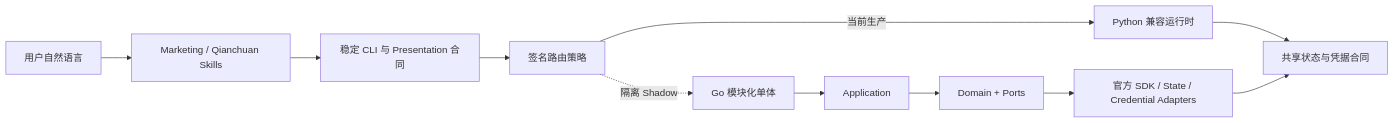
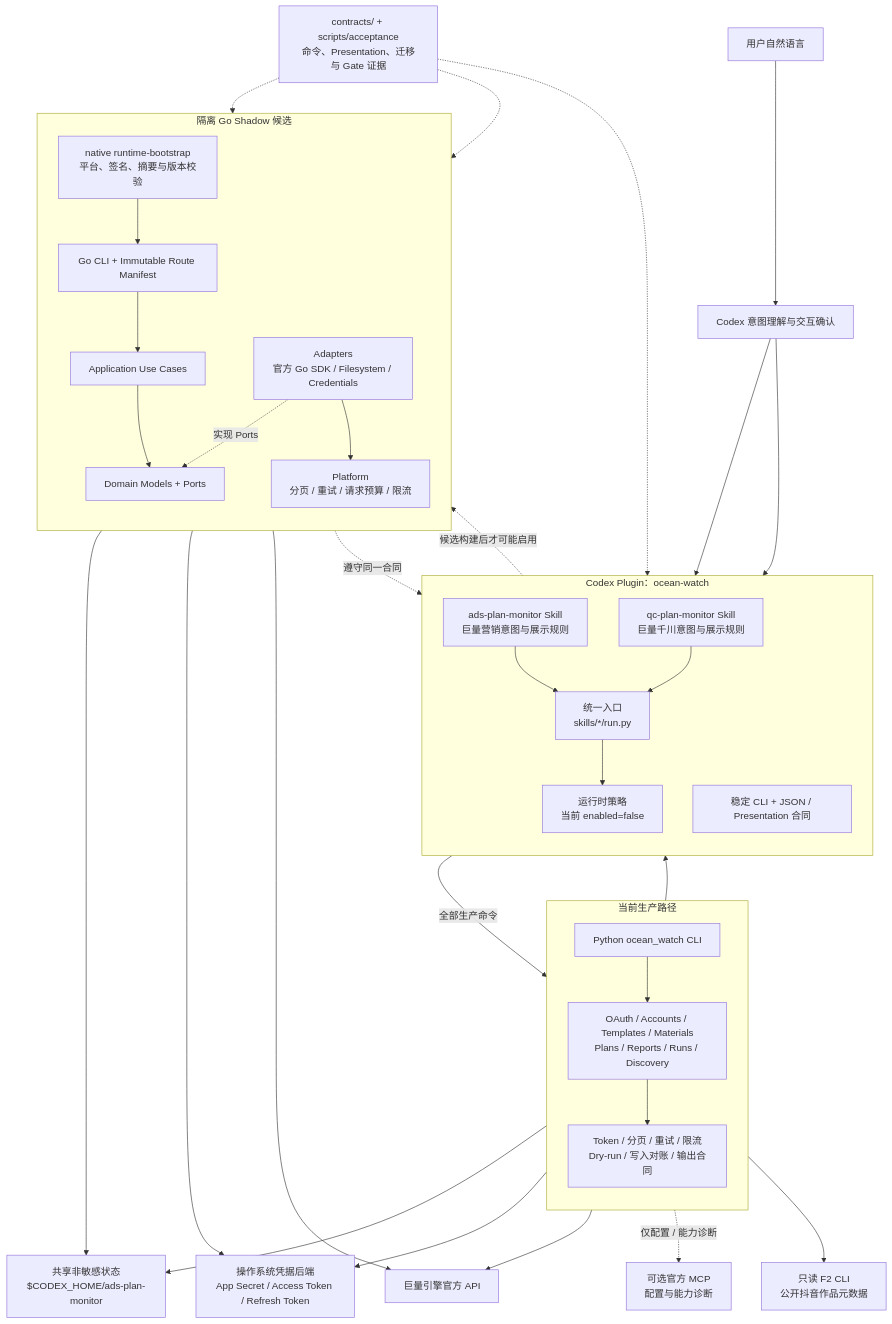
One commit to westng/ocean-watch changed the diagram in README.md. Above: the diagram before and after it, drawn with Mermaid. The commit also changed other lines of this file and 69 other files, not shown here.

````diff
--- a/README.md
+++ b/README.md
@@ -177,13 +34,67 @@
 ```mermaid
-flowchart LR
-    User["用户自然语言"] --> Skills["Marketing / Qianchuan Skills"]
-    Skills --> Contract["稳定 CLI 与 Presentation 合同"]
-    Contract --> Policy["签名路由策略"]
-    Policy -->|"当前生产"| Python["Python 兼容运行时"]
-    Policy -.->|"隔离 Shadow"| Go["Go 模块化单体"]
-    Go --> App["Application"]
-    App --> Domain["Domain + Ports"]
-    Domain --> Adapters["官方 SDK / State / Credential Adapters"]
-    Python --> Shared["共享状态与凭据合同"]
-    Adapters --> Shared
+flowchart TB
+    User["用户自然语言"] --> Codex["Codex 意图理解与交互确认"]
+
+    subgraph Plugin["Codex Plugin：ocean-watch"]
+        direction TB
+        Marketing["ads-plan-monitor Skill<br/>巨量营销意图与展示规则"]
+        Qianchuan["qc-plan-monitor Skill<br/>巨量千川意图与展示规则"]
+        Entry["统一入口<br/>skills/*/run.py"]
+        Contract["稳定 CLI + JSON / Presentation 合同"]
+        Policy["运行时策略<br/>当前 enabled=false"]
+        Marketing --> Entry
+        Qianchuan --> Entry
+        Entry --> Policy
+    end
+
+    Codex --> Marketing
+    Codex --> Qianchuan
+
+    subgraph Production["当前生产路径"]
+        direction TB
+        Python["Python ocean_watch CLI"]
+        UseCases["OAuth / Accounts / Templates / Materials<br/>Plans / Reports / Runs / Discovery"]
+        Control["Token / 分页 / 重试 / 限流<br/>Dry-run / 写入对账 / 输出合同"]
+        Python --> UseCases --> Control
+    end
+
+    Policy -->|"全部生产命令"| Python
+    Python --> Contract
+
+    subgraph Shadow["隔离 Go Shadow 候选"]
+        direction TB
+        Bootstrap["native runtime-bootstrap<br/>平台、签名、摘要与版本校验"]
+        GoCLI["Go CLI + Immutable Route Manifest"]
+        Application["Application Use Cases"]
+        Domain["Domain Models + Ports"]
+        Adapters["Adapters<br/>官方 Go SDK / Filesystem / Credentials"]
+        Platform["Platform<br/>分页 / 重试 / 请求预算 / 限流"]
+        Bootstrap --> GoCLI --> Application
+        Application --> Domain
+        Adapters -.->|"实现 Ports"| Domain
+        Adapters --> Platform
+    end
+
+    Policy -.->|"候选构建后才可能启用"| Bootstrap
+    GoCLI -.->|"遵守同一合同"| Contract
+
+    State["共享非敏感状态<br/>$CODEX_HOME/ads-plan-monitor"]
+    Secrets["操作系统凭据后端<br/>App Secret / Access Token / Refresh Token"]
+    Official["巨量引擎官方 API"]
+    Optional["可选官方 MCP<br/>配置与能力诊断"]
+    F2["只读 F2 CLI<br/>公开抖音作品元数据"]
+
+    Control --> State
+    Control --> Secrets
+    Control --> Official
+    Python -.->|"仅配置 / 能力诊断"| Optional
+    UseCases --> F2
+    Adapters --> State
+    Adapters --> Secrets
+    Platform --> Official
+
+    Contracts["contracts/ + scripts/acceptance<br/>命令、Presentation、迁移与 Gate 证据"]
+    Contracts -.-> Contract
+    Contracts -.-> GoCLI
+    Contracts -.-> Bootstrap
 ```
````
